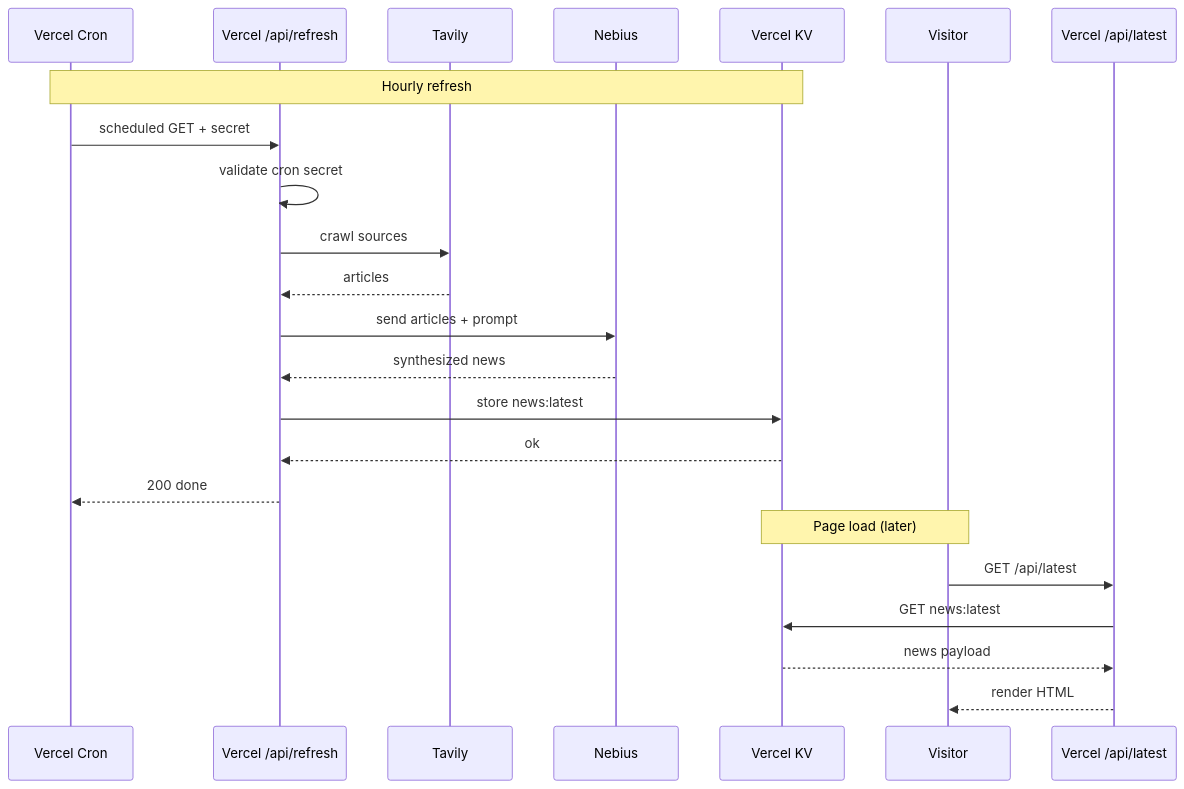
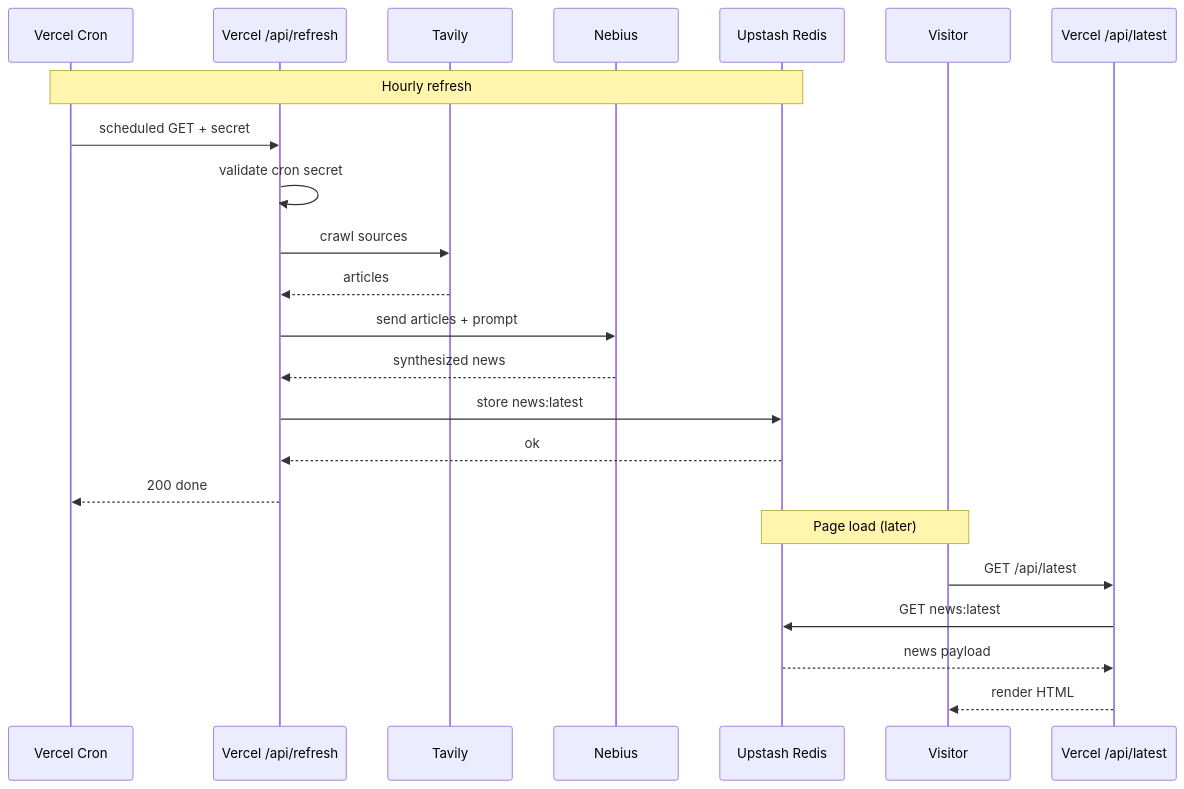
One commit to heyolgak/the-news-of-the-day changed the diagram in RFC.md. Above: the diagram before and after it, drawn with Mermaid. The commit also changed other lines of this file, not shown here.

````diff
--- a/RFC.md
+++ b/RFC.md
@@ -34,27 +34,27 @@
 ```mermaid
 sequenceDiagram
   participant C as Vercel Cron
   participant R as Vercel /api/refresh
   participant T as Tavily
   participant N as Nebius
-  participant KV as Vercel KV
+  participant KV as Upstash Redis
   participant V as Visitor
   participant L as Vercel /api/latest
 
   Note over C,KV: Hourly refresh
   C->>R: scheduled GET + secret
   R->>R: validate cron secret
   R->>T: crawl sources
   T-->>R: articles
   R->>N: send articles + prompt
   N-->>R: synthesized news
   R->>KV: store news:latest
   KV-->>R: ok
   R-->>C: 200 done
 
   Note over V,KV: Page load (later)
   V->>L: GET /api/latest
   L->>KV: GET news:latest
   KV-->>L: news payload
   L-->>V: render HTML
 ```
````
